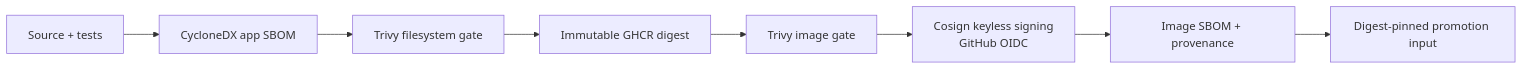
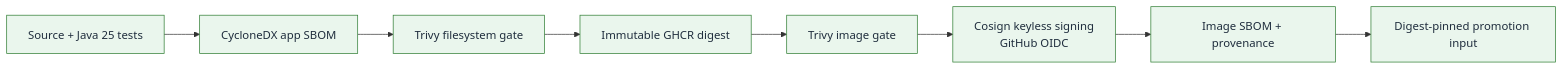
The third of 4 diagrams in README.md (ravan-chuang/spring-boot-ecommerce-backend), drawn with Mermaid before and after one commit. The commit also changed other lines of this file and 2 other files, not shown here.

````diff
--- a/README.md
+++ b/README.md
@@ -172,10 +165,13 @@
 ```mermaid
 flowchart LR
-    Source["Source + tests"] --> AppSBOM["CycloneDX app SBOM"]
+    Source["Source + Java 25 tests"] --> AppSBOM["CycloneDX app SBOM"]
     AppSBOM --> FSGate["Trivy filesystem gate"]
     FSGate --> Image["Immutable GHCR digest"]
     Image --> ImageGate["Trivy image gate"]
     ImageGate --> Sign["Cosign keyless signing<br/>GitHub OIDC"]
     Sign --> Evidence["Image SBOM + provenance"]
     Evidence --> Promote["Digest-pinned promotion input"]
+
+    classDef verified fill:#eaf6ed,stroke:#2e7d32,color:#1f2d3d;
+    class Source,AppSBOM,FSGate,Image,ImageGate,Sign,Evidence,Promote verified;
 ```
````
